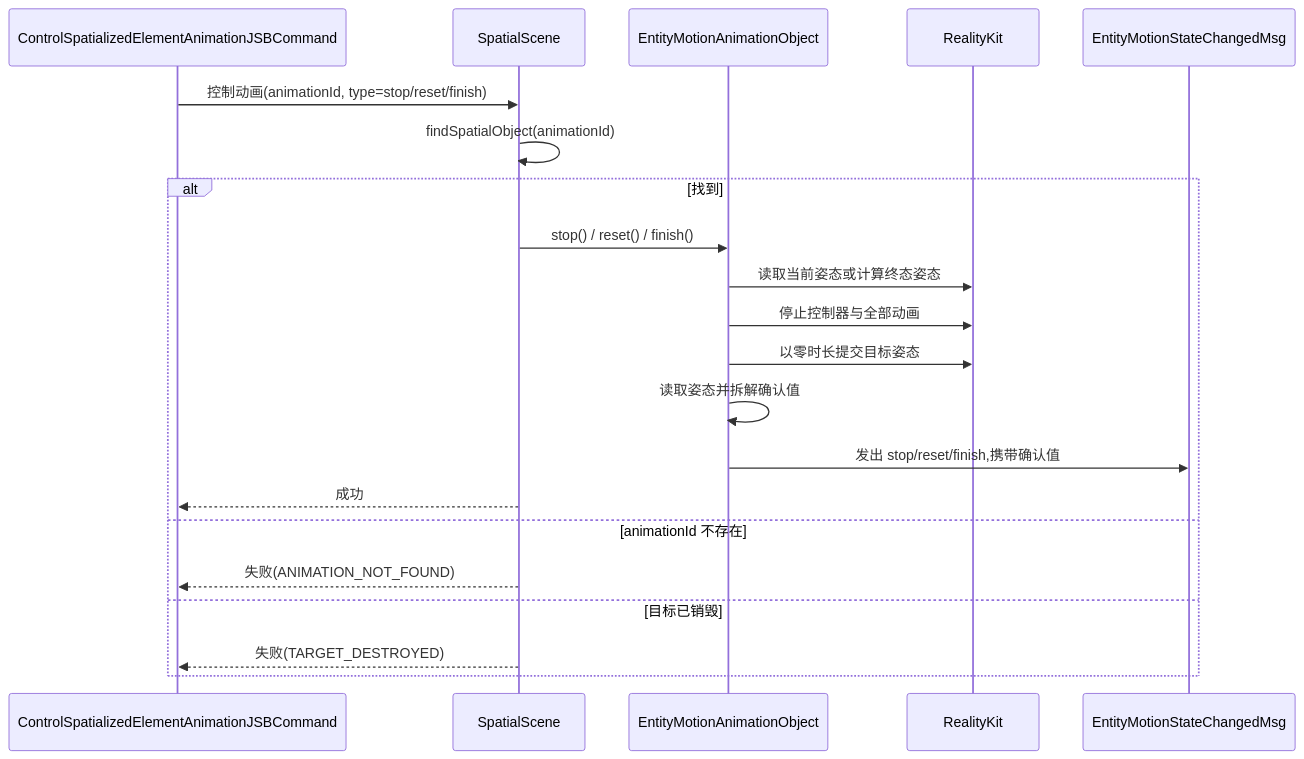
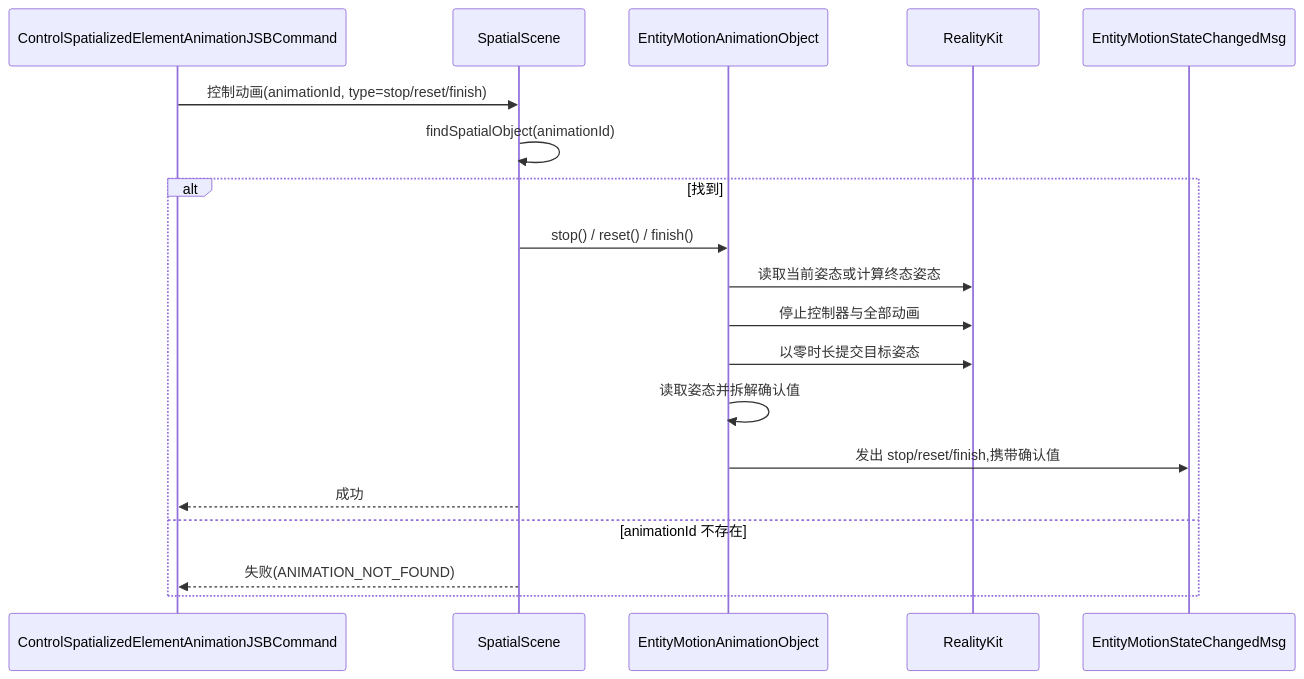
One commit to webspatial/webspatial-sdk changed diagram 13 of 14 in openspec/changes/redesign-entity-motion-api/design.zh.md. Above: the diagram before and after it, drawn with Mermaid. The commit also changed other lines of this file and 5 other files, not shown here.

````diff
--- a/openspec/changes/redesign-entity-motion-api/design.zh.md
+++ b/openspec/changes/redesign-entity-motion-api/design.zh.md
@@ -1076,24 +1072,22 @@
 ```mermaid
 sequenceDiagram
     participant JSB as ControlSpatializedElementAnimationJSBCommand
     participant Scene as SpatialScene
     participant Obj as EntityMotionAnimationObject
     participant RK as RealityKit
     participant Event as EntityMotionStateChangedMsg
 
     JSB->>Scene: 控制动画(animationId, type=stop/reset/finish)
     Scene->>Scene: findSpatialObject(animationId)
     alt 找到
         Scene->>Obj: stop() / reset() / finish()
         Obj->>RK: 读取当前姿态或计算终态姿态
         Obj->>RK: 停止控制器与全部动画
         Obj->>RK: 以零时长提交目标姿态
         Obj->>Obj: 读取姿态并拆解确认值
         Obj->>Event: 发出 stop/reset/finish,携带确认值
         Scene-->>JSB: 成功
     else animationId 不存在
         Scene-->>JSB: 失败(ANIMATION_NOT_FOUND)
-    else 目标已销毁
-        Scene-->>JSB: 失败(TARGET_DESTROYED)
     end
 ```
````
